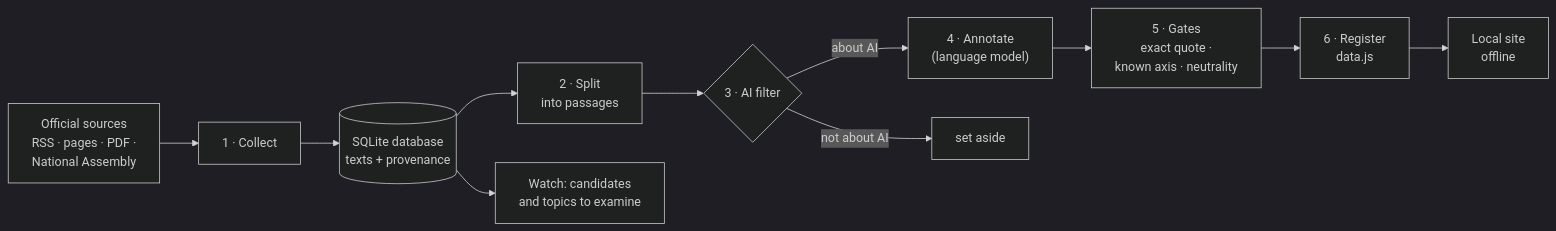
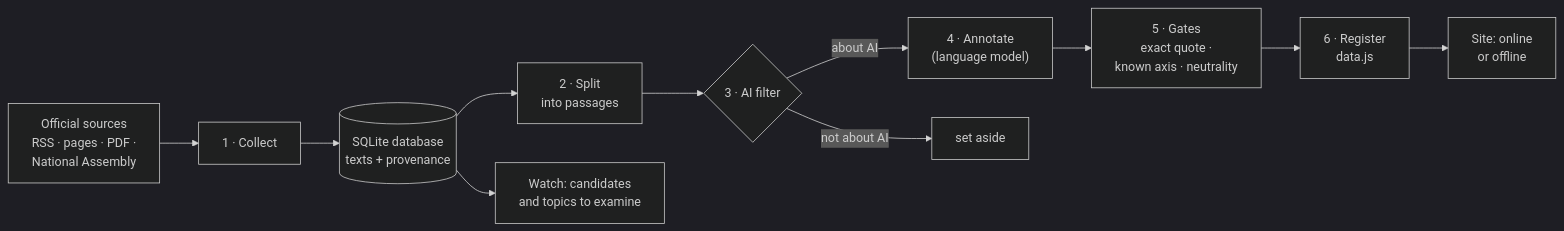
The diagram in README.en.md (ESSEC-METALAB/ia-presidentielle), drawn with Mermaid (dark theme) before and after one commit. The commit also changed other lines of this file and 1 other file, not shown here.

Commit message:
docs: README for the poc branch: the online version, the new sources, Mistral in production

````diff
--- a/README.en.md
+++ b/README.en.md
@@ -89,13 +126,13 @@
 ```mermaid
 flowchart LR
     S["Official sources<br/>RSS · pages · PDF ·<br/>National Assembly"] --> C["1 · Collect"]
     C --> DB[("SQLite database<br/>texts + provenance")]
     DB --> D["2 · Split<br/>into passages"]
     D --> F{"3 · AI filter"}
     F -- "about AI" --> A["4 · Annotate<br/>(language model)"]
     F -- "not about AI" --> X["set aside"]
     A --> G["5 · Gates<br/>exact quote ·<br/>known axis · neutrality"]
     G --> R["6 · Register<br/>data.js"]
-    R --> W["Local site<br/>offline"]
+    R --> W["Site: online<br/>or offline"]
     DB --> V["Watch: candidates<br/>and topics to examine"]
 ```
````
